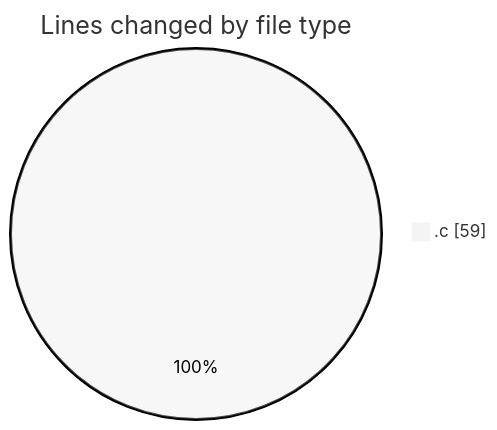
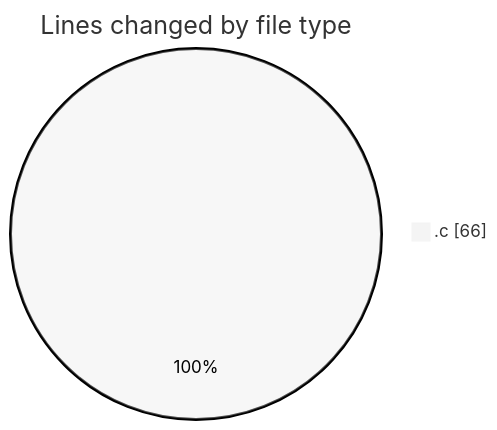
One commit to Unknowalive/code-tracking changed the first of 2 diagrams in 2026-04-09/pws2026/README.md. Above: the diagram before and after it, drawn with Mermaid (neutral theme). The commit also changed other lines of this file and 1 other file, not shown here.

````diff
--- a/2026-04-09/pws2026/README.md
+++ b/2026-04-09/pws2026/README.md
@@ -20,5 +20,5 @@
 ```mermaid
 pie showData
 title Lines changed by file type
-".c" : 59
+".c" : 66
 ```
````
